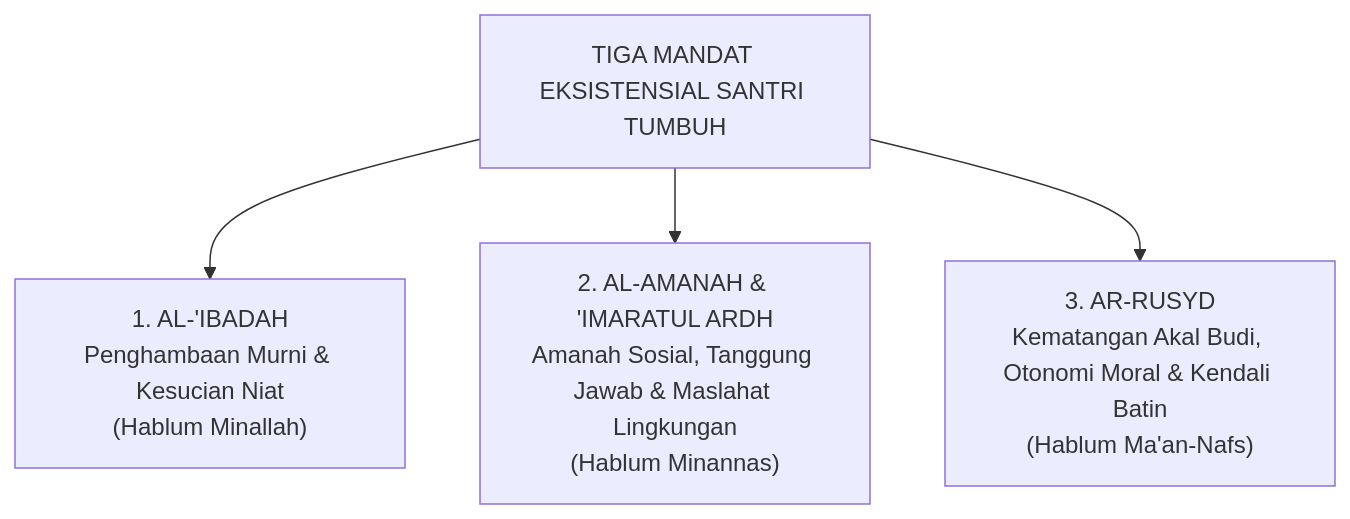
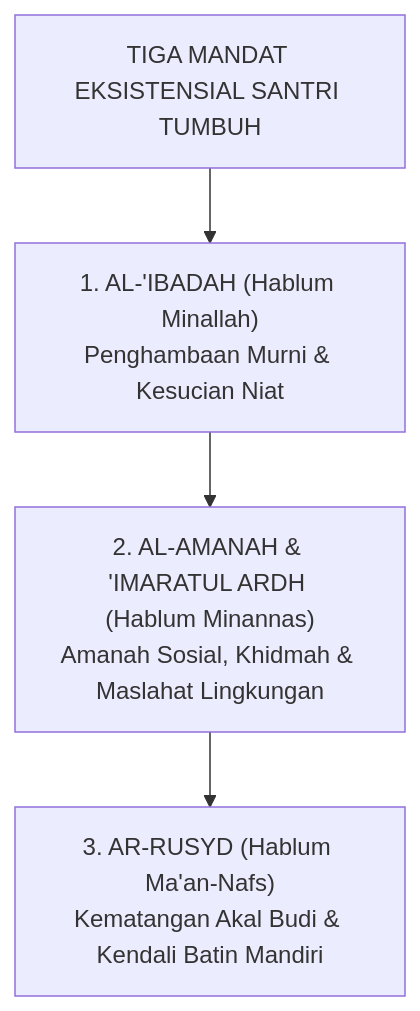
One commit to wandiapriliyandi/tumbuh changed the sixth of 7 diagrams in BOOK Series 1/01-The-Fundamental-of-TUMBUH/Bab-02-Pandangan-Alam-Islam-sebagai-Poros-Pendidikan.md. Above: the diagram before and after it, drawn with Mermaid. The commit also changed other lines of this file and 35 other files, not shown here.

Commit message:
fix(book-01): optimasi keterbacaan diagram mermaid pada seluruh bab dan perbarui 20 file PDF

````diff
--- a/BOOK Series 1/01-The-Fundamental-of-TUMBUH/Bab-02-Pandangan-Alam-Islam-sebagai-Poros-Pendidikan.md
+++ b/BOOK Series 1/01-The-Fundamental-of-TUMBUH/Bab-02-Pandangan-Alam-Islam-sebagai-Poros-Pendidikan.md
@@ -218,8 +223,8 @@
 ```mermaid
 graph TD
     M["TIGA MANDAT EKSISTENSIAL SANTRI TUMBUH"]
     
-    M --> M1["1. AL-'IBADAH<br/>Penghambaan Murni & Kesucian Niat<br/>(Hablum Minallah)"]
-    M --> M2["2. AL-AMANAH & 'IMARATUL ARDH<br/>Amanah Sosial, Tanggung Jawab & Maslahat Lingkungan<br/>(Hablum Minannas)"]
-    M --> M3["3. AR-RUSYD<br/>Kematangan Akal Budi, Otonomi Moral & Kendali Batin<br/>(Hablum Ma'an-Nafs)"]
+    M --> M1["1. AL-'IBADAH (Hablum Minallah)<br/>Penghambaan Murni & Kesucian Niat"]
+    M1 --> M2["2. AL-AMANAH & 'IMARATUL ARDH (Hablum Minannas)<br/>Amanah Sosial, Khidmah & Maslahat Lingkungan"]
+    M2 --> M3["3. AR-RUSYD (Hablum Ma'an-Nafs)<br/>Kematangan Akal Budi & Kendali Batin Mandiri"]
 ```
````
